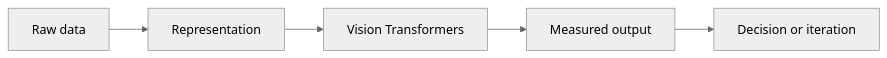
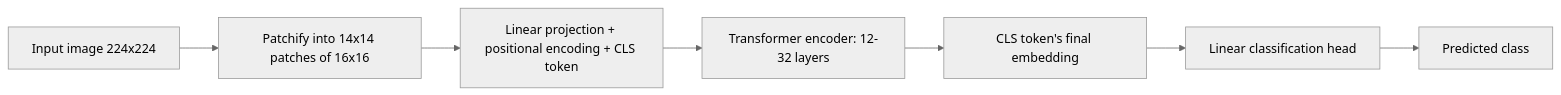
One commit to Icon1cc/Machine-Learning changed the diagram in computer-vision/07-vision-transformers.md. Above: the diagram before and after it, drawn with Mermaid (neutral theme). The commit also changed other lines of this file and 264 other files, not shown here.

````diff
--- a/computer-vision/07-vision-transformers.md
+++ b/computer-vision/07-vision-transformers.md
@@ -92,7 +285,9 @@
 ```mermaid
 flowchart LR
-    A[Raw data] --> B[Representation]
-    B --> C[Vision Transformers]
-    C --> D[Measured output]
-    D --> E[Decision or iteration]
+    I[Input image 224x224] --> P[Patchify into 14x14 patches of 16x16]
+    P --> E[Linear projection + positional encoding + CLS token]
+    E --> T[Transformer encoder: 12-32 layers]
+    T --> C[CLS token's final embedding]
+    C --> H[Linear classification head]
+    H --> O[Predicted class]
 ```
````
